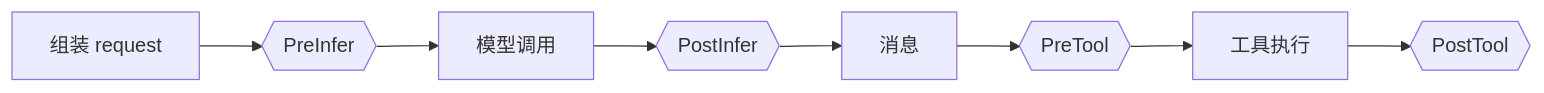
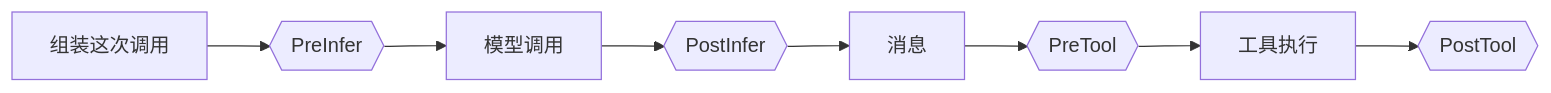
Before and after one commit to genai-io/sdk-go: the fourth of 5 diagrams in docs/agent.zh-CN.md, drawn with Mermaid. The commit also changed other lines of this file and 9 other files, not shown here.

````diff
--- a/docs/agent.zh-CN.md
+++ b/docs/agent.zh-CN.md
@@ -155,10 +155,10 @@
 ```mermaid
 flowchart LR
-    A[组装 request] --> B{{PreInfer}}
+    A[组装这次调用] --> B{{PreInfer}}
     B --> C[模型调用]
     C --> D{{PostInfer}}
     D --> E[消息]
     E --> F{{PreTool}}
     F --> G[工具执行]
     G --> H{{PostTool}}
 ```
````
